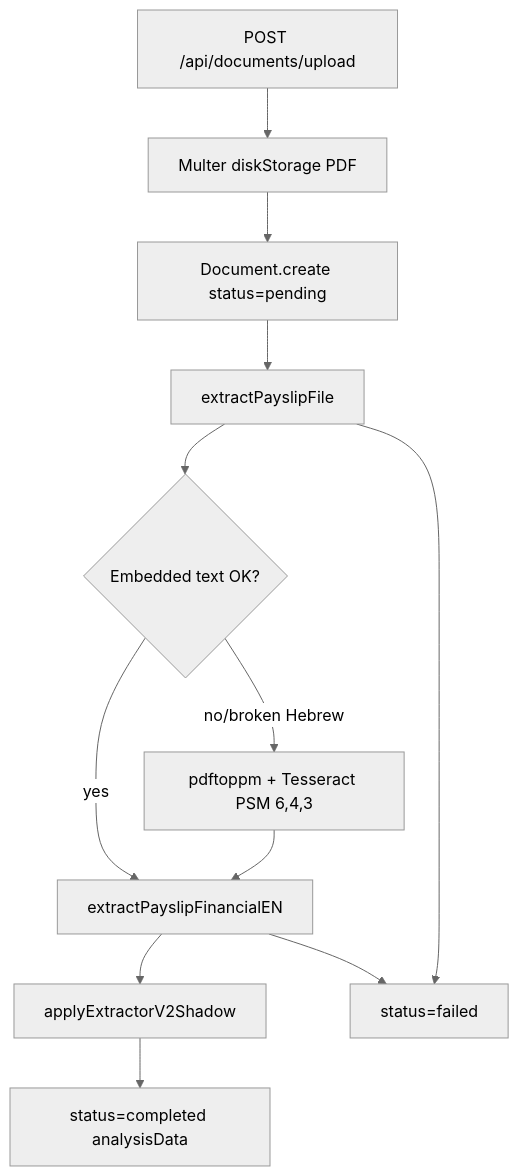
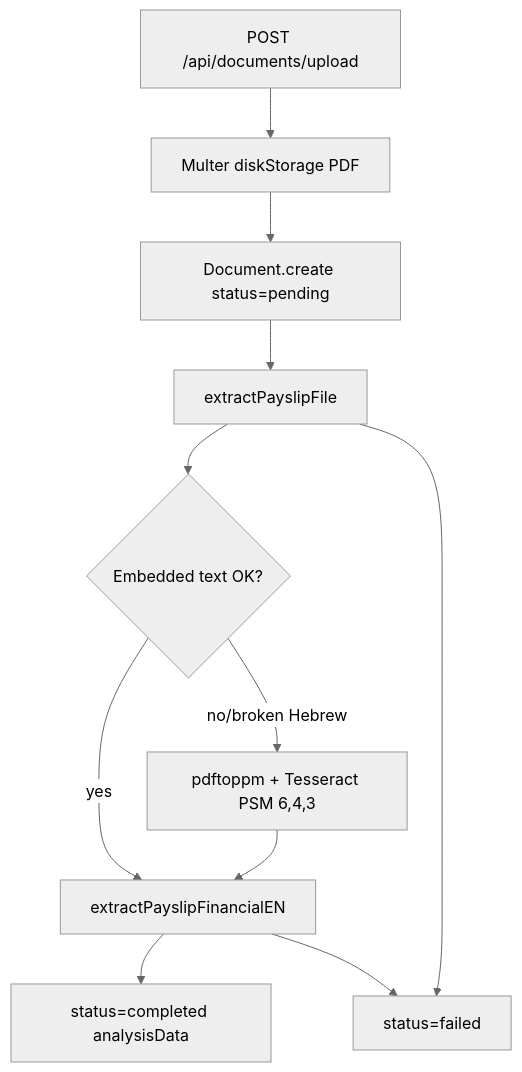
One commit to ofek1210/FinGuide changed the third of 8 diagrams in docs/ARCHITECTURE_DEEP_DIVE.md. Above: the diagram before and after it, drawn with Mermaid (neutral theme). The commit also changed other lines of this file and 158 other files, not shown here.

````diff
--- a/docs/ARCHITECTURE_DEEP_DIVE.md
+++ b/docs/ARCHITECTURE_DEEP_DIVE.md
@@ -251,21 +250,20 @@
 ```mermaid
 flowchart TD
   Upload[POST /api/documents/upload]
   Multer[Multer diskStorage PDF]
   CreateDoc[Document.create status=pending]
   OCR[extractPayslipFile]
   PDFText{Embedded text OK?}
   Poppler[pdftoppm + Tesseract PSM 6,4,3]
   Extract[extractPayslipFinancialEN]
-  Shadow[applyExtractorV2Shadow]
   Save[status=completed analysisData]
   Fail[status=failed]
 
   Upload --> Multer --> CreateDoc --> OCR
   OCR --> PDFText
   PDFText -->|yes| Extract
   PDFText -->|no/broken Hebrew| Poppler --> Extract
-  Extract --> Shadow --> Save
+  Extract --> Save
   OCR --> Fail
   Extract --> Fail
 ```
````
